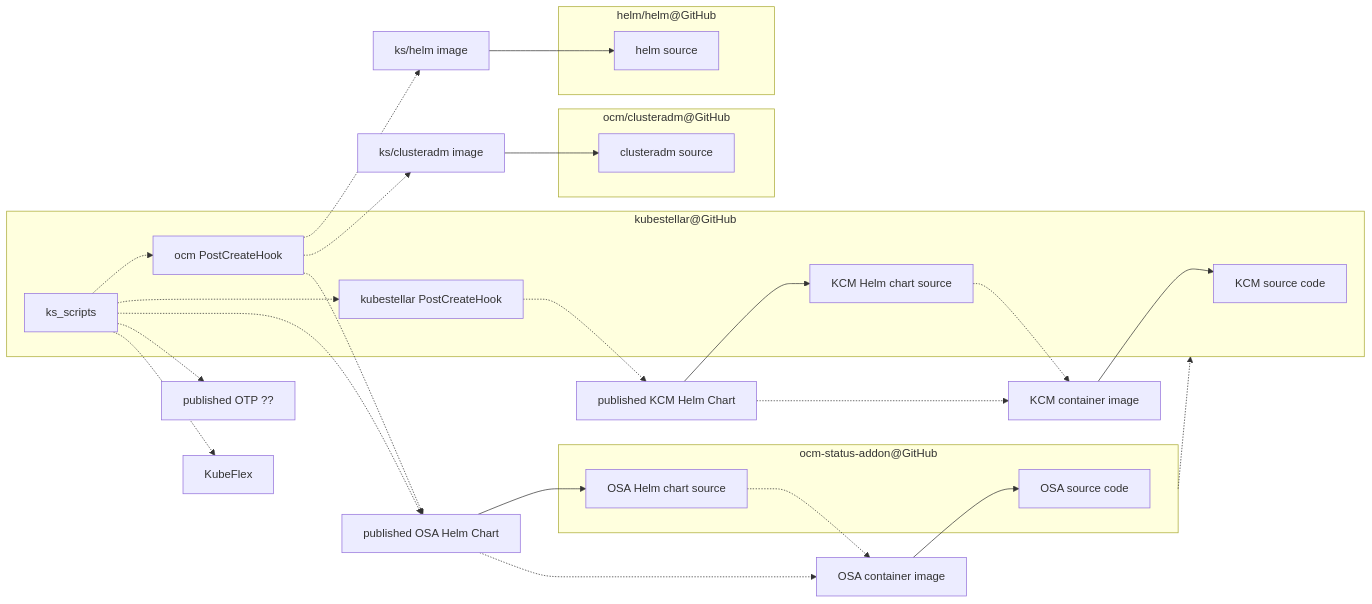
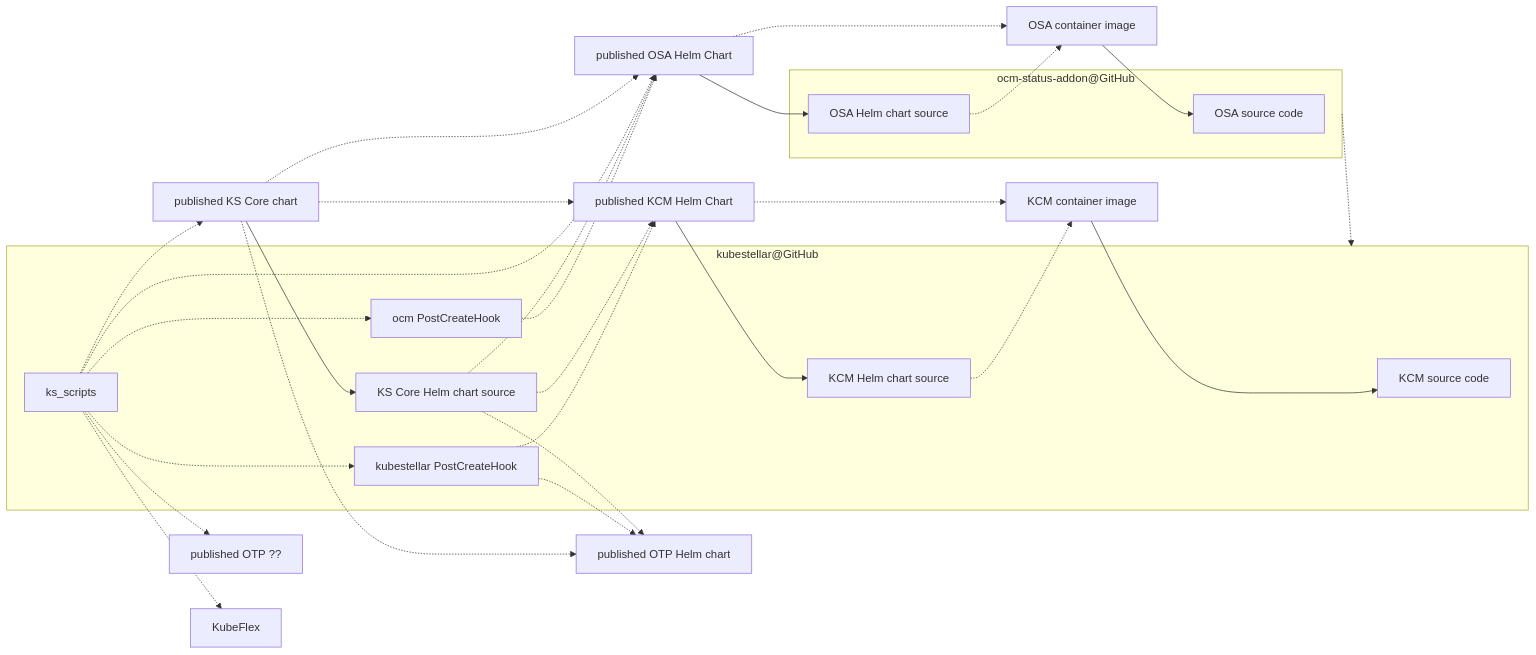
The fifth of 5 diagrams in docs/content/direct/packaging.md (kubestellar/kubestellar), drawn with Mermaid before and after one commit. The commit also changed other lines of this file, not shown here.

````diff
--- a/docs/content/direct/packaging.md
+++ b/docs/content/direct/packaging.md
@@ -248,39 +292,39 @@
 ```mermaid
 flowchart LR
     subgraph osa_repo["ocm-status-addon@GitHub"]
     osa_code[OSA source code]
     osa_hc_src[OSA Helm chart source]
     end
     osa_ctr_image[OSA container image] --> osa_code
     osa_hc_repo[published OSA Helm Chart] --> osa_hc_src
     osa_hc_src -.-> osa_ctr_image
     osa_hc_repo -.-> osa_ctr_image
-    subgraph helm_repo["helm/helm@GitHub"]
-    helm_src["helm source"]
-    end
-    subgraph cladm_repo["ocm/clusteradm@GitHub"]
-    cladm_src["clusteradm source"]
-    end
     subgraph ks_repo["kubestellar@GitHub"]
     kcm_code[KCM source code]
     kcm_hc_src[KCM Helm chart source]
+    ksc_hc_src[KS Core Helm chart source]
     ks_pch[kubestellar PostCreateHook]
     ocm_pch["ocm PostCreateHook"]
     ks_scripts -.-> ocm_pch
     ks_scripts -.-> ks_pch
     end
     osa_repo -.-> ks_repo
-    helm_image["ks/helm image"] --> helm_src
-    cladm_image["ks/clusteradm image"] --> cladm_src
-    ocm_pch -.-> helm_image
-    ocm_pch -.-> cladm_image
     ocm_pch -.-> osa_hc_repo
     kcm_ctr_image[KCM container image] --> kcm_code
     kcm_hc_repo[published KCM Helm Chart] --> kcm_hc_src
     kcm_hc_src -.-> kcm_ctr_image
     kcm_hc_repo -.-> kcm_ctr_image
-    ks_pch  -.-> kcm_hc_repo
+    ks_pch -.-> kcm_hc_repo
+    ks_pch -.-> otp_hc_repo[published OTP Helm chart]
+    ksc_hc_repo[published KS Core chart] --> ksc_hc_src
+    ksc_hc_src -.-> osa_hc_repo
+    ksc_hc_src -.-> kcm_hc_repo
+    ksc_hc_src -.-> otp_hc_repo
+    ksc_hc_repo -.-> osa_hc_repo
+    ksc_hc_repo -.-> kcm_hc_repo
+    ksc_hc_repo -.-> otp_hc_repo
+    ks_scripts -.-> ksc_hc_repo
     ks_scripts -.-> osa_hc_repo[published OSA Helm Chart]
     ks_scripts -.-> otp_something["published OTP ??"]
     ks_scripts -.-> KubeFlex
 ```
````
